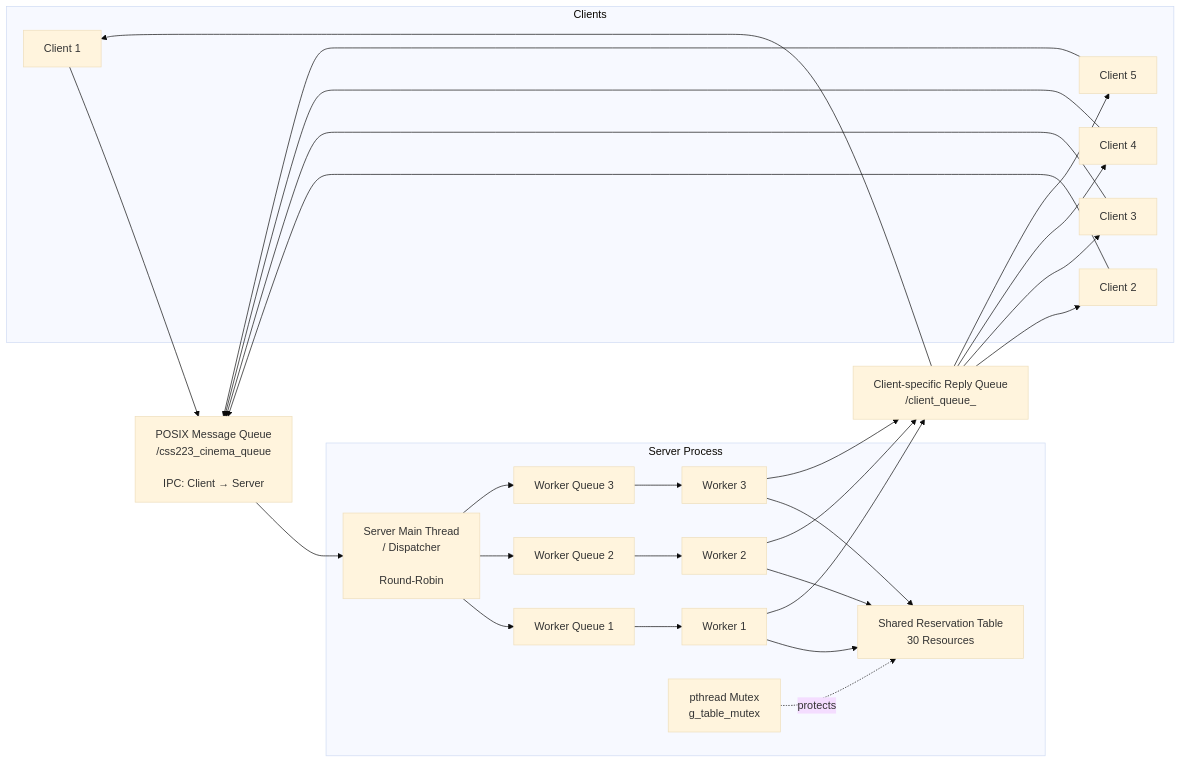
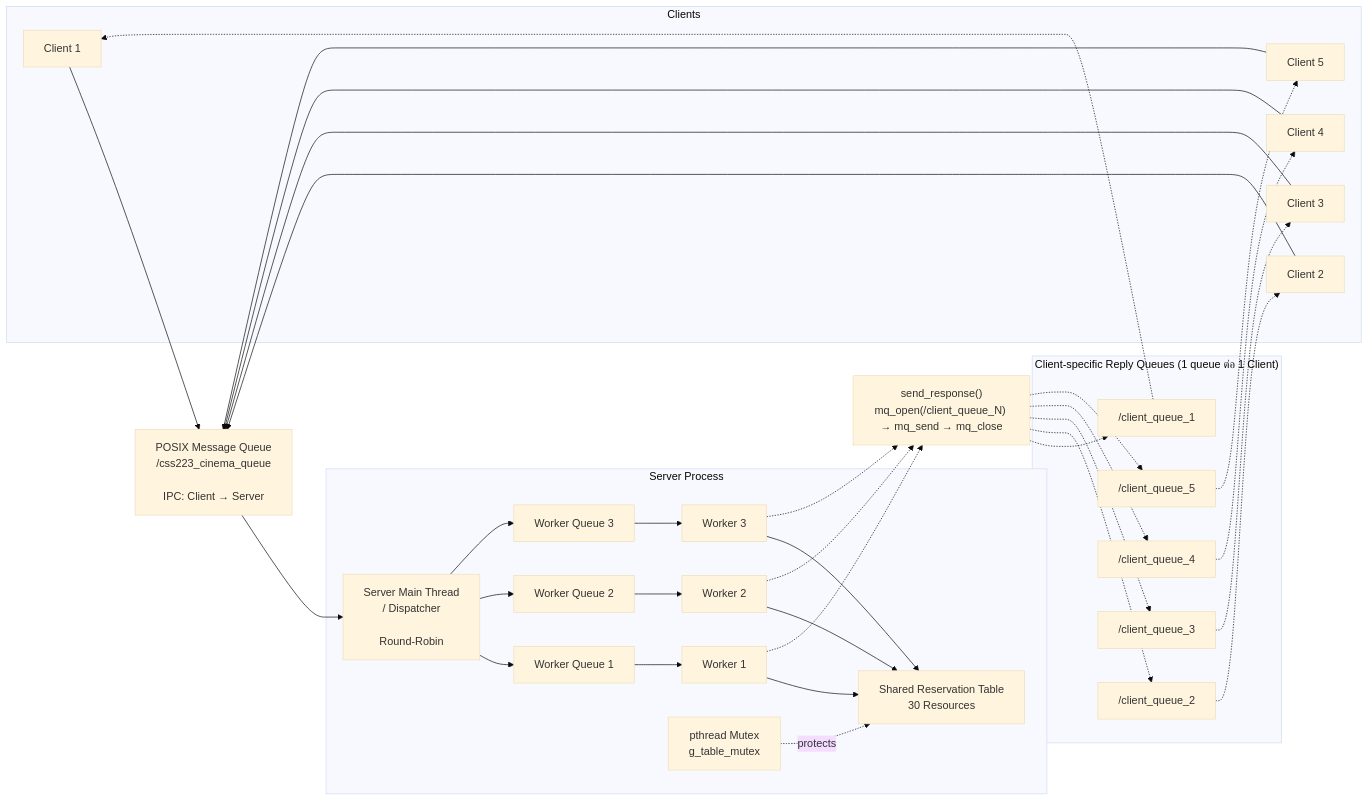
The first of 2 diagrams in README.md (orporpanggg/OS-PROJECT), drawn with Mermaid (base theme) before and after one commit. The commit also changed other lines of this file and 1 other file, not shown here.

Commit message:
Update README.md and server.c for improved response handling and logging clarity

````diff
--- a/README.md
+++ b/README.md
@@ -75,7 +75,15 @@
     %% =========================
     %% REPLY
     %% =========================
-    RQ["Client-specific Reply Queue<br/>/client_queue_<client_id>"]
+    SR["send_response()<br/>mq_open(/client_queue_N) → mq_send → mq_close"]
+
+    subgraph RQS["Client-specific Reply Queues (1 queue ต่อ 1 Client)"]
+        RQ1["/client_queue_1"]
+        RQ2["/client_queue_2"]
+        RQ3["/client_queue_3"]
+        RQ4["/client_queue_4"]
+        RQ5["/client_queue_5"]
+    end
 
     %% Request path
     C1 --> MQ
@@ -100,14 +108,20 @@
 
     MUTEX -. protects .-> T
 
-    %% Response path
-    W1 --> RQ
-    W2 --> RQ
-    W3 --> RQ
+    %% Response path (เส้นประ = ขากลับ)
+    W1 -.-> SR
+    W2 -.-> SR
+    W3 -.-> SR
 
-    RQ --> C1
-    RQ --> C2
-    RQ --> C3
-    RQ --> C4
-    RQ --> C5
+    SR -.-> RQ1
+    SR -.-> RQ2
+    SR -.-> RQ3
+    SR -.-> RQ4
+    SR -.-> RQ5
+
+    RQ1 -.-> C1
+    RQ2 -.-> C2
+    RQ3 -.-> C3
+    RQ4 -.-> C4
+    RQ5 -.-> C5
 ```
````
